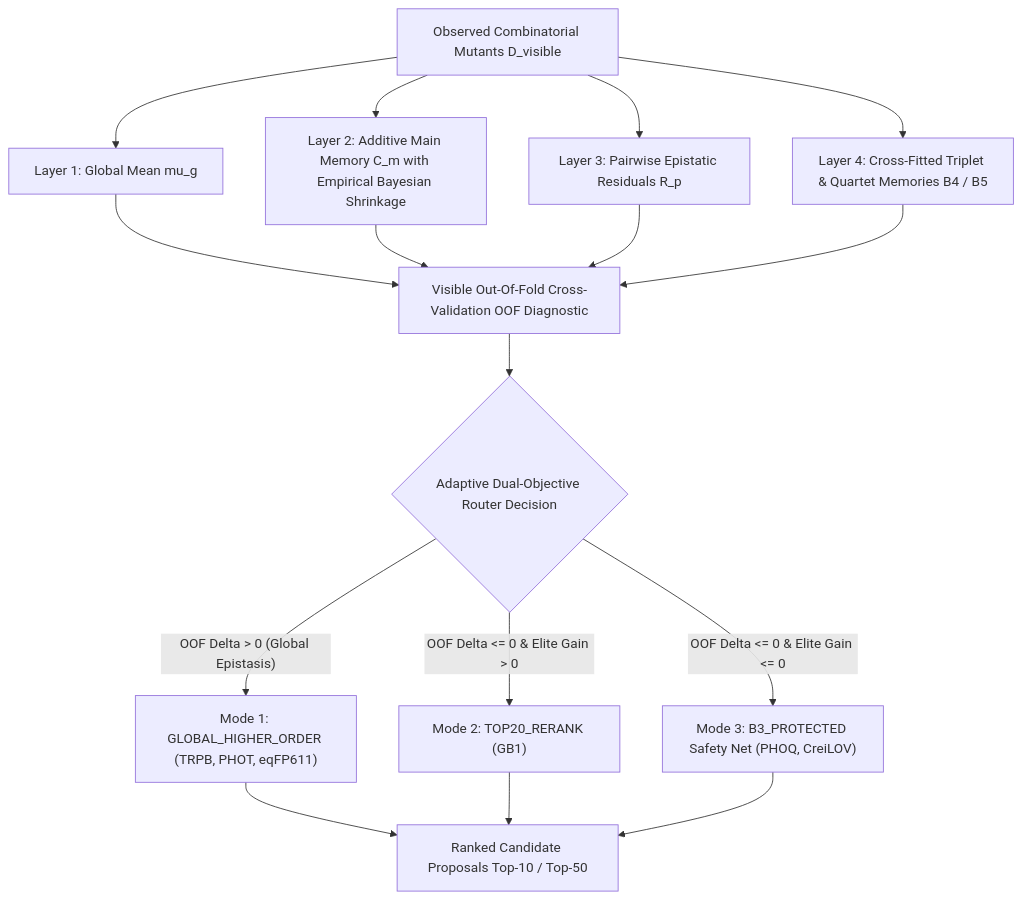
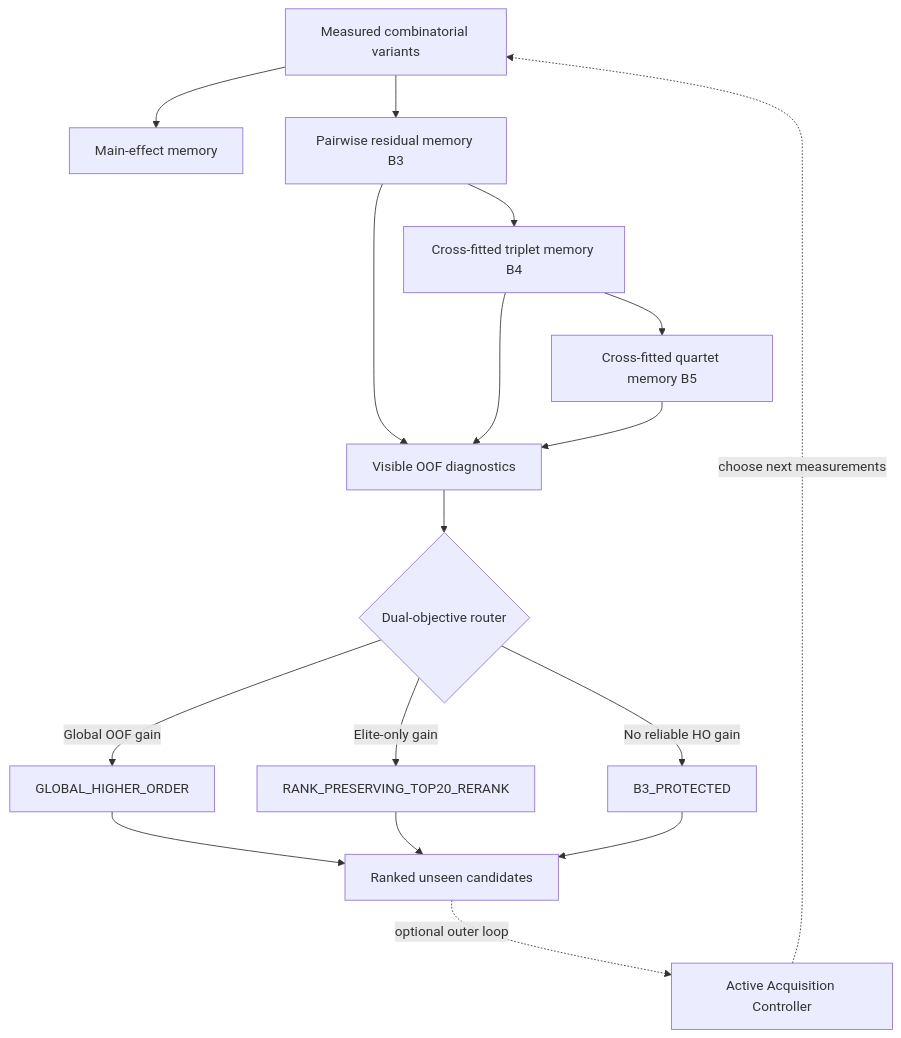
Before and after one commit to Aliw02/nabu-protein-design: the diagram in README.md, drawn with Mermaid. The commit also changed other lines of this file, not shown here.

````diff
--- a/README.md
+++ b/README.md
@@ -23,21 +85,23 @@
 ```mermaid
 flowchart TD
-    A[Observed Combinatorial Mutants D_visible] --> B[Layer 1: Global Mean mu_g]
-    A --> C[Layer 2: Additive Main Memory C_m with Empirical Bayesian Shrinkage]
-    A --> D[Layer 3: Pairwise Epistatic Residuals R_p]
-    A --> E[Layer 4: Cross-Fitted Triplet & Quartet Memories B4 / B5]
-    
-    B --> F[Visible Out-Of-Fold Cross-Validation OOF Diagnostic]
-    C --> F
+    A[Measured combinatorial variants] --> B[Main-effect memory]
+    A --> C[Pairwise residual memory B3]
+    C --> D[Cross-fitted triplet memory B4]
+    D --> E[Cross-fitted quartet memory B5]
+
+    C --> F[Visible OOF diagnostics]
     D --> F
     E --> F
-    
-    F --> G{Adaptive Dual-Objective Router Decision}
-    G -- "OOF Delta > 0 (Global Epistasis)" --> H["Mode 1: GLOBAL_HIGHER_ORDER (TRPB, PHOT, eqFP611)"]
-    G -- "OOF Delta <= 0 & Elite Gain > 0" --> I["Mode 2: TOP20_RERANK (GB1)"]
-    G -- "OOF Delta <= 0 & Elite Gain <= 0" --> J["Mode 3: B3_PROTECTED Safety Net (PHOQ, CreiLOV)"]
-    
-    H --> K[Ranked Candidate Proposals Top-10 / Top-50]
+
+    F --> G{Dual-objective router}
+    G -->|Global OOF gain| H[GLOBAL_HIGHER_ORDER]
+    G -->|Elite-only gain| I[RANK_PRESERVING_TOP20_RERANK]
+    G -->|No reliable HO gain| J[B3_PROTECTED]
+
+    H --> K[Ranked unseen candidates]
     I --> K
     J --> K
+
+    K -. optional outer loop .-> L[Active Acquisition Controller]
+    L -. choose next measurements .-> A
 ```
````
